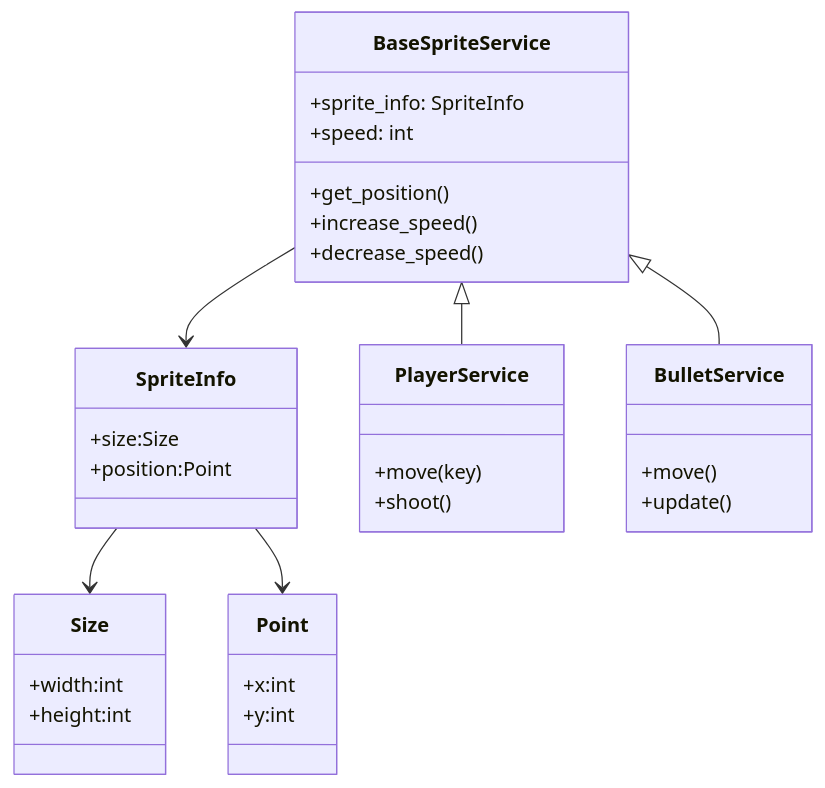
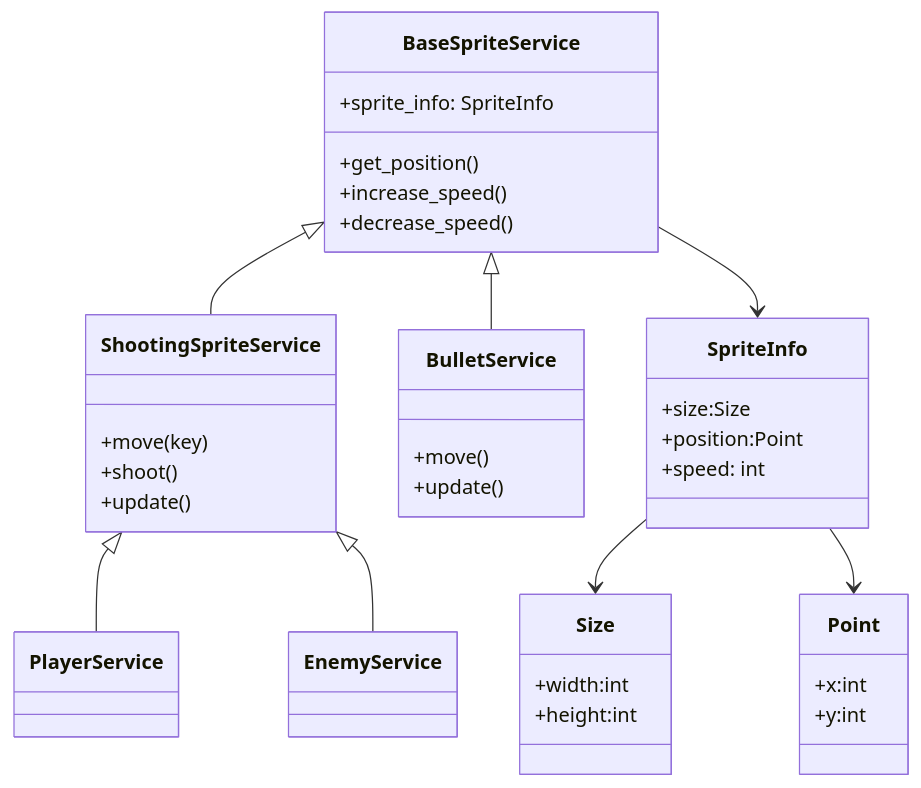
One commit to Tapir79/ot-harjoitustyo changed the second of 5 diagrams in dokumentaatio/arkkitehtuuri.md. Above: the diagram before and after it, drawn with Mermaid. The commit also changed other lines of this file and 2 other files, not shown here.

````diff
--- a/dokumentaatio/arkkitehtuuri.md
+++ b/dokumentaatio/arkkitehtuuri.md
@@ -29,43 +32,55 @@
 ```mermaid
 classDiagram
     class BaseSpriteService {
         +sprite_info: SpriteInfo
-        +speed: int
         +get_position()
         +increase_speed()
         +decrease_speed()
     }
 
+    class ShootingSpriteService {
+        +move(key)
+        +shoot()
+        +update()
+    }
+
+    class PlayerService {
+       
+    }
+
+    class EnemyService {
+
+    }
+
+    class BulletService {
+        +move()
+        +update()
+    }
+
     class SpriteInfo{
         +size:Size
         +position:Point
-
+        +speed: int
     }
 
     class Size{
         +width:int
         +height:int
     }
 
     class  Point{
         +x:int
         +y:int
     }
+ 
 
-    class PlayerService {
-        +move(key)
-        +shoot()
-    }
+    BaseSpriteService <|-- ShootingSpriteService
+    BaseSpriteService <|-- BulletService
 
-    class BulletService {
-        +move()
-        +update()
-    }
-
-    BaseSpriteService <|-- PlayerService
-    BaseSpriteService <|-- BulletService
+    ShootingSpriteService <|-- PlayerService
+    ShootingSpriteService <|-- EnemyService
 
     SpriteInfo --> Size
     SpriteInfo --> Point
     BaseSpriteService --> SpriteInfo
 ```
````
